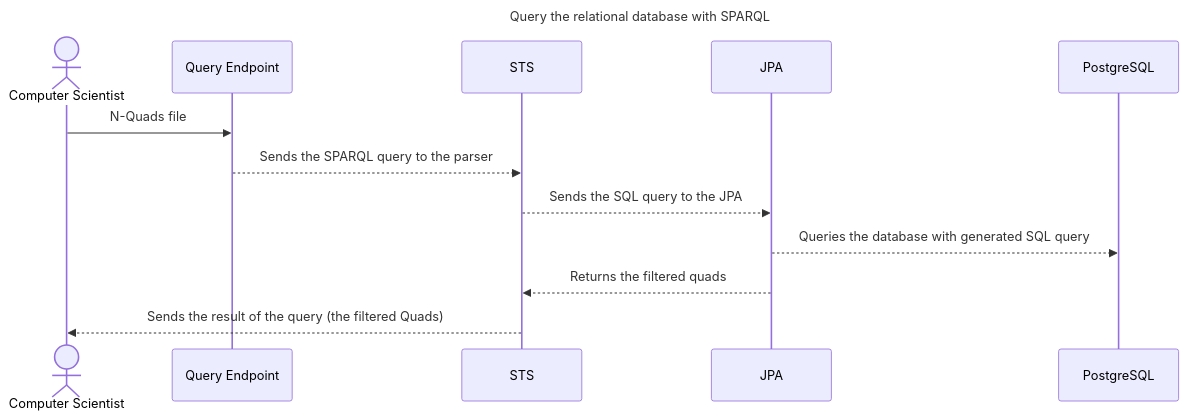
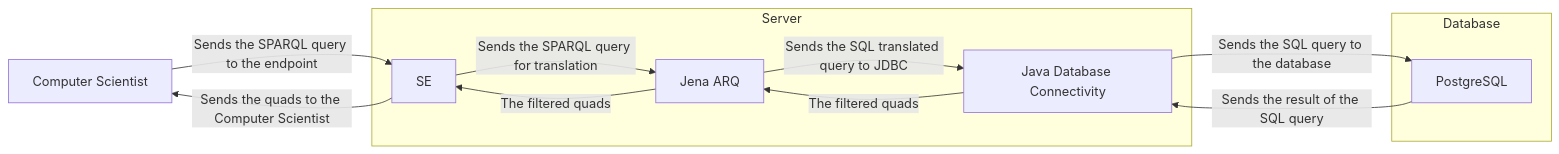
The second of 3 diagrams in Readme.md (VCityTeam/ConVer-G), drawn with Mermaid before and after one commit. The commit also changed other lines of this file and 2 other files, not shown here.

````diff
--- a/Readme.md
+++ b/Readme.md
@@ -71,13 +72,16 @@
 ```mermaid
----
-title: Query the relational database with SPARQL
----
-sequenceDiagram
-    actor CS as Computer Scientist
-    CS ->> Query Endpoint: N-Quads file
-    Query Endpoint -->> STS: Sends the SPARQL query to the parser
-    STS -->> JPA: Sends the SQL query to the JPA
-    JPA -->> PostgreSQL: Queries the database with generated SQL query
-    JPA -->> STS: Returns the filtered quads
-    STS -->> CS: Sends the result of the query (the filtered Quads)
+flowchart LR
+    CS[Computer Scientist] --> |Sends the SPARQL query to the endpoint| SE
+    SE --> |Sends the quads to the Computer Scientist| CS 
+    subgraph Server
+        SE --> |Sends the SPARQL query for translation| ARQ[Jena ARQ]
+        ARQ --> |Sends the SQL translated query to JDBC| JDBC[Java Database Connectivity]
+        JDBC --> |The filtered quads| ARQ
+        ARQ --> |The filtered quads| SE
+        
+    end
+    subgraph Database
+        JDBC --> |Sends the SQL query to the database| DB[PostgreSQL]
+        DB --> |Sends the result of the SQL query| JDBC
+    end
 ```
````
